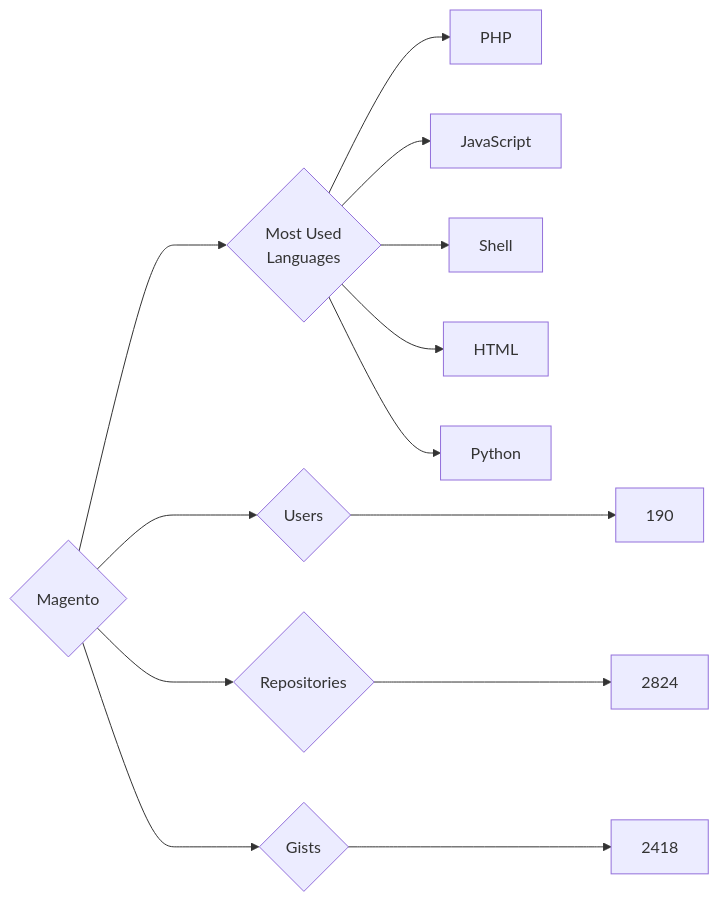
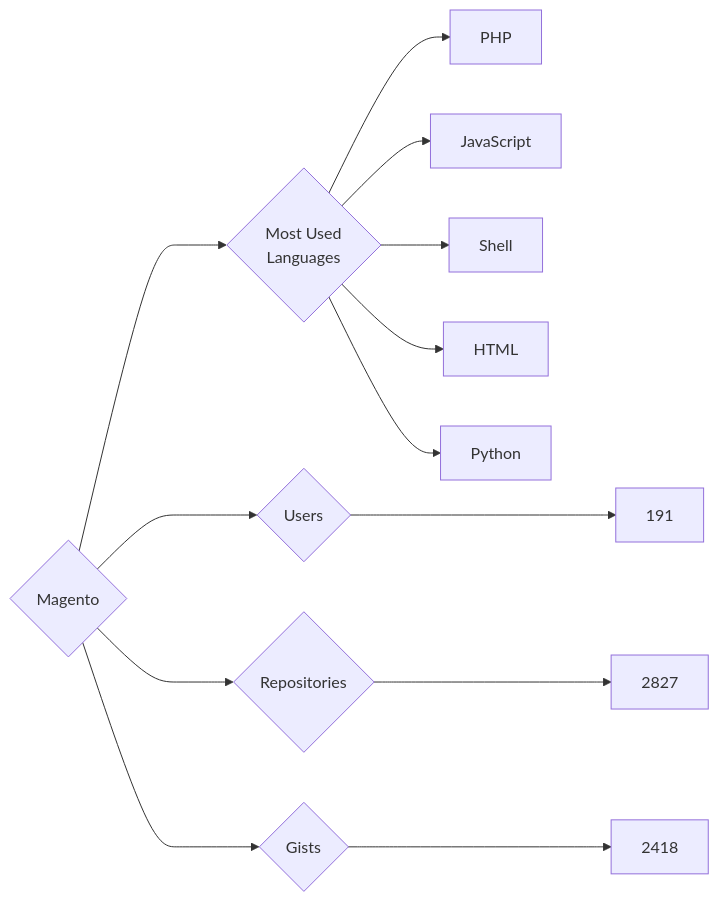
Before and after one commit to trickest/insiders: the diagram in targets/Magento/README.md, drawn with Mermaid. The commit also changed 569 other files, not shown here.

````diff
--- a/targets/Magento/README.md
+++ b/targets/Magento/README.md
@@ -3,13 +3,13 @@
 ```mermaid
 graph LR
 COMPANY_NAME{Magento}
-COMPANY_NAME ---> U{Users} ---> UN[190]
-COMPANY_NAME ---> R{Repositories} ---> RN[2824]
+COMPANY_NAME ---> U{Users} ---> UN[191]
+COMPANY_NAME ---> R{Repositories} ---> RN[2827]
 COMPANY_NAME ---> G{Gists} ---> GN[2418]
 COMPANY_NAME ---> ML{Most Used<br>Languages}
 ML --> PHP[PHP]
 ML --> JavaScript[JavaScript]
 ML --> Shell[Shell]
 ML --> HTML[HTML]
 ML --> Python[Python]
 ```
````
